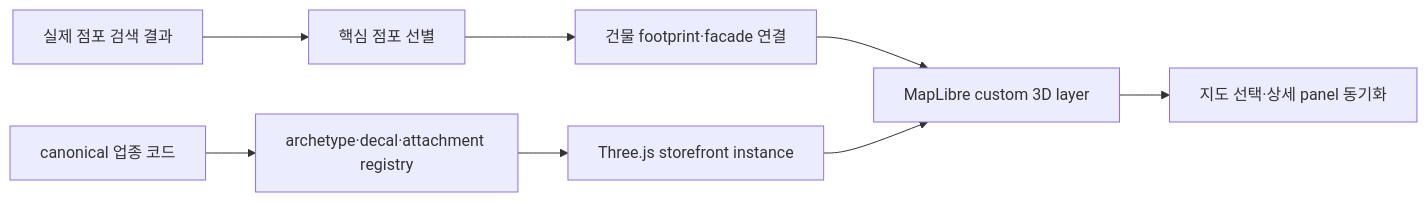
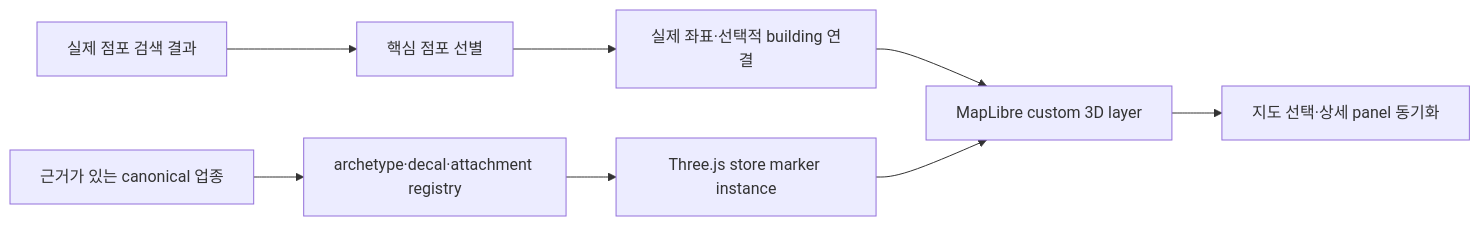
Before and after one commit to Mureung1/hub-showcase: the second of 2 diagrams in docs/features/market-map-experience.md, drawn with Mermaid. The commit also changed other lines of this file and 2 other files, not shown here.

First line of the commit message:
docs(map): refine verified 3D store marker plan

````diff
--- a/docs/features/market-map-experience.md
+++ b/docs/features/market-map-experience.md
@@ -192,10 +193,10 @@
 ```mermaid
 flowchart LR
   source["실제 점포 검색 결과"] --> select["핵심 점포 선별"]
-  select --> link["건물 footprint·facade 연결"]
-  category["canonical 업종 코드"] --> registry["archetype·decal·attachment registry"]
+  select --> link["실제 좌표·선택적 building 연결"]
+  category["근거가 있는 canonical 업종"] --> registry["archetype·decal·attachment registry"]
   link --> layer["MapLibre custom 3D layer"]
-  registry --> asset["Three.js storefront instance"]
+  registry --> asset["Three.js store marker instance"]
   asset --> layer
   layer --> sync["지도 선택·상세 panel 동기화"]
 ```
````
